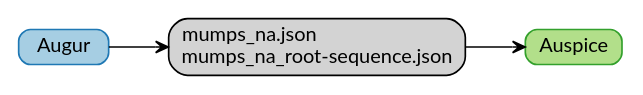
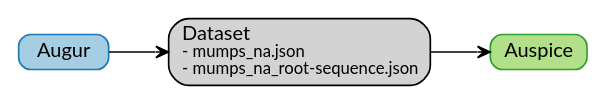
Before and after one commit to nextstrain/docs.nextstrain.org: the third of 5 diagrams in src/learn/parts.rst, drawn with Graphviz. The commit also changed other lines of this file and 10 other files, not shown here.

```diff
--- a/src/learn/parts.rst
+++ b/src/learn/parts.rst
@@ -86,28 +86,34 @@
 .. graphviz::
     :align: center
 
     digraph {
         graph [
             rankdir=LR,
         ];
 
         node [
             shape=box,
             style="rounded, filled",
             fontname="Lato, 'Helvetica Neue', sans-serif",
             fontsize=12,
             height=0.1,
             colorscheme=paired10,
         ];
 
         edge [
             arrowhead=open,
             arrowsize=0.75,
         ];
 
         Augur [fillcolor=1, color=2];
         Auspice [fillcolor=3, color=4];
-        jsons [label="mumps_na.json\lmumps_na_root-sequence.json"];
+        jsons [label=<
+    Dataset
+    <FONT POINT-SIZE="10">
+    <BR ALIGN="LEFT"/>- mumps_na.json
+    <BR ALIGN="LEFT"/>- mumps_na_root-sequence.json
+    </FONT>
+    >];
 
         Augur -> jsons -> Auspice;
     }
```
